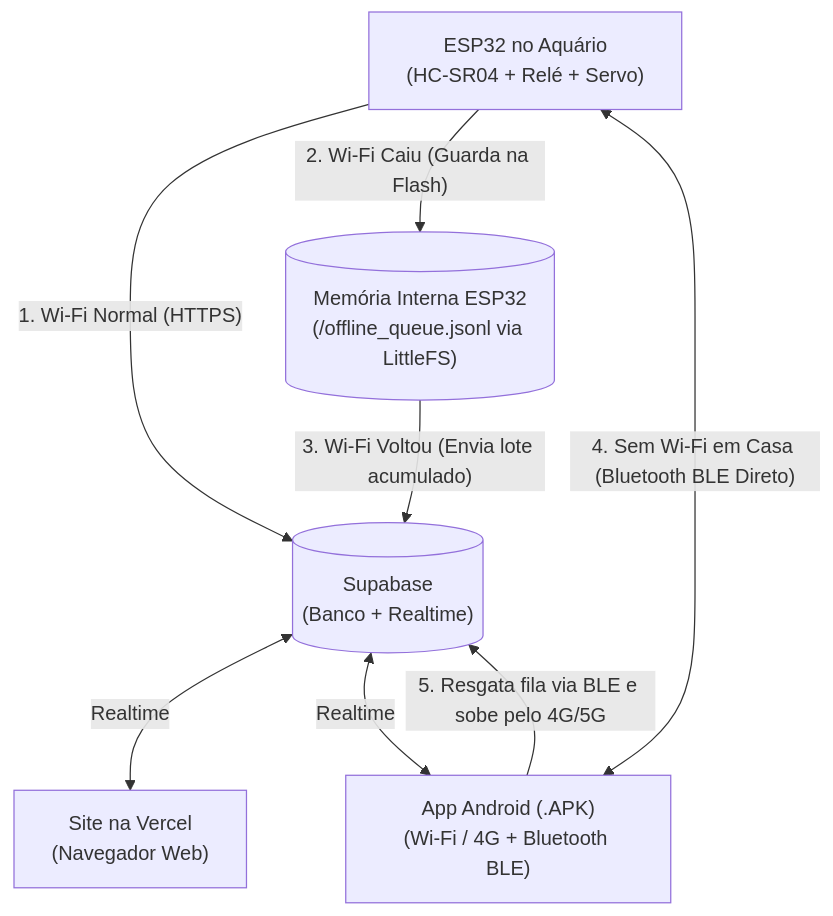
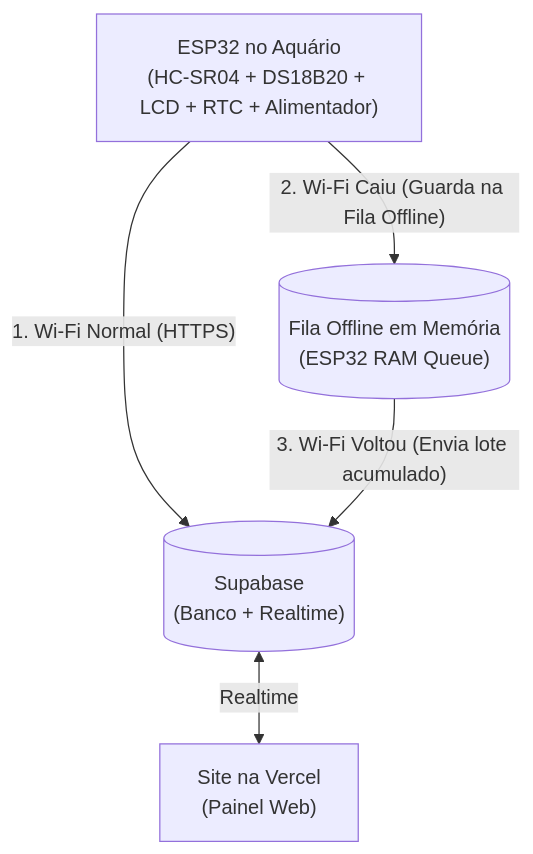
The diagram in ARQUITETURA.md (joaolsr21/netuno), drawn with Mermaid before and after one commit. The commit also changed other lines of this file and 14 other files, not shown here.

Commit message:
chore: remove mobile app (apk) and bluetooth ble system

````diff
--- a/ARQUITETURA.md
+++ b/ARQUITETURA.md
@@ -32,16 +31,12 @@
 ```mermaid
 flowchart TD
-    ESP["ESP32 no Aquário\n(HC-SR04 + Relé + Servo)"]
-    FLASH[("Memória Interna ESP32\n(/offline_queue.jsonl via LittleFS)")]
+    ESP["ESP32 no Aquário\n(HC-SR04 + DS18B20 + LCD + RTC + Alimentador)"]
+    RAM[("Fila Offline em Memória\n(ESP32 RAM Queue)")]
     SUPA[("Supabase\n(Banco + Realtime)")]
-    WEB["Site na Vercel\n(Navegador Web)"]
-    APK["App Android (.APK)\n(Wi-Fi / 4G + Bluetooth BLE)"]
+    WEB["Site na Vercel\n(Painel Web)"]
 
     ESP -->|"1. Wi-Fi Normal (HTTPS)"| SUPA
-    ESP -->|"2. Wi-Fi Caiu (Guarda na Flash)"| FLASH
-    FLASH -->|"3. Wi-Fi Voltou (Envia lote acumulado)"| SUPA
-    ESP <-->|"4. Sem Wi-Fi em Casa (Bluetooth BLE Direto)"| APK
-    APK -->|"5. Resgata fila via BLE e sobe pelo 4G/5G"| SUPA
+    ESP -->|"2. Wi-Fi Caiu (Guarda na Fila Offline)"| RAM
+    RAM -->|"3. Wi-Fi Voltou (Envia lote acumulado)"| SUPA
     SUPA <-->|"Realtime"| WEB
-    SUPA <-->|"Realtime"| APK
 ```
````
